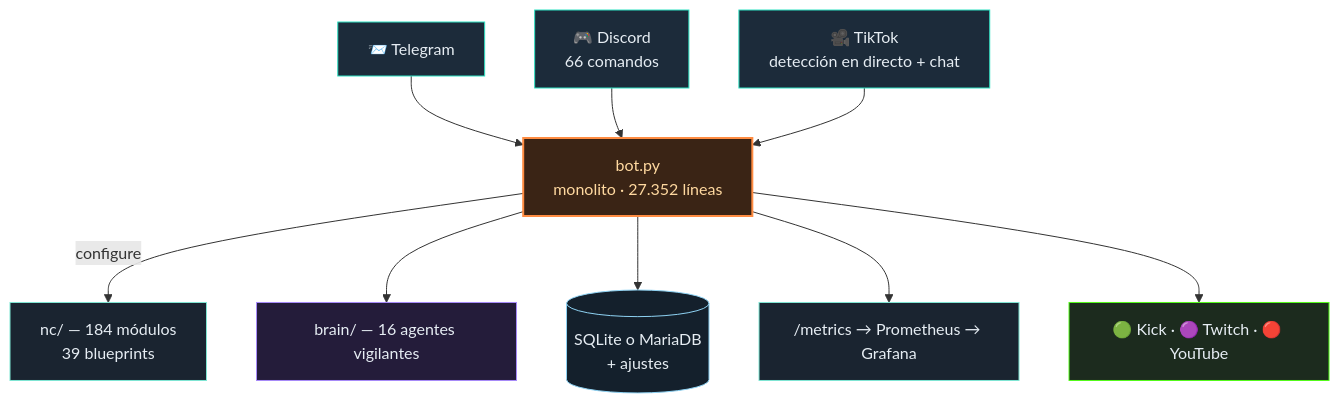
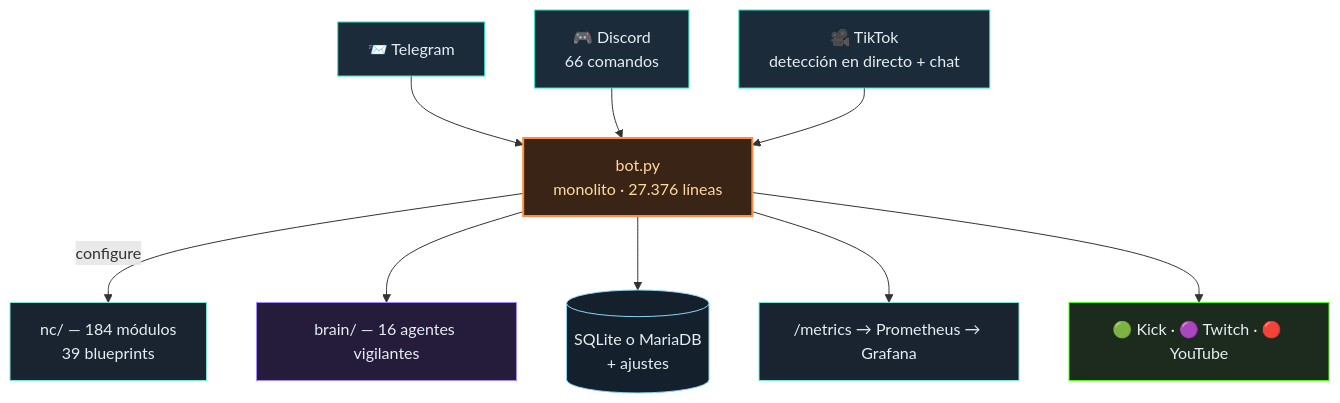
The diagram in README.es.md (itsamemedev/Telegram-Stream-Info-Bot), drawn with Mermaid before and after one commit. The commit also changed 10 other files, not shown here.

````diff
--- a/README.es.md
+++ b/README.es.md
@@ -64,18 +64,18 @@
 ```mermaid
 flowchart TB
     TG["📨 Telegram"]:::ein --> BOT
     DC["🎮 Discord<br/>66 comandos"]:::ein --> BOT
     TT["🎥 TikTok<br/>detección en directo + chat"]:::ein --> BOT
-    BOT["bot.py<br/>monolito · 27.352 líneas"]:::core
+    BOT["bot.py<br/>monolito · 27.376 líneas"]:::core
     BOT -->|configure| NC["nc/ — 184 módulos<br/>39 blueprints"]:::lib
     BOT --> BRAIN["brain/ — 16 agentes vigilantes"]:::brain
     BOT --> DB[("SQLite o MariaDB<br/>+ ajustes")]:::db
     BOT --> PROM["/metrics → Prometheus → Grafana"]:::lib
     BOT --> OUT["🟢 Kick · 🟣 Twitch · 🔴 YouTube"]:::out
     classDef ein fill:#1c2b3a,stroke:#2de1c2,color:#e6edf3
     classDef core fill:#3a2415,stroke:#ff8c42,stroke-width:2px,color:#ffd9a0
     classDef lib fill:#1a2430,stroke:#7fe7d4,color:#e6edf3
     classDef brain fill:#241c3a,stroke:#a78bfa,color:#e6edf3
     classDef db fill:#14202c,stroke:#8fd3f4,color:#e6edf3
     classDef out fill:#1c2b1e,stroke:#53fc18,color:#e6edf3
 ```
````
